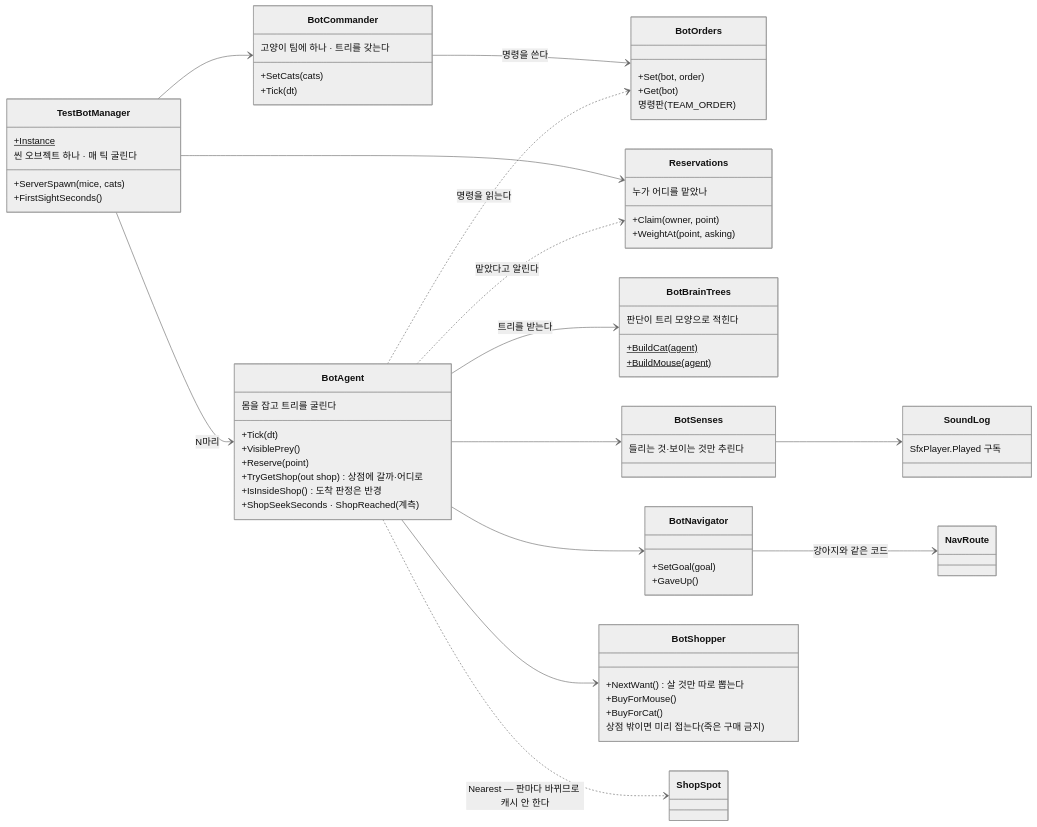
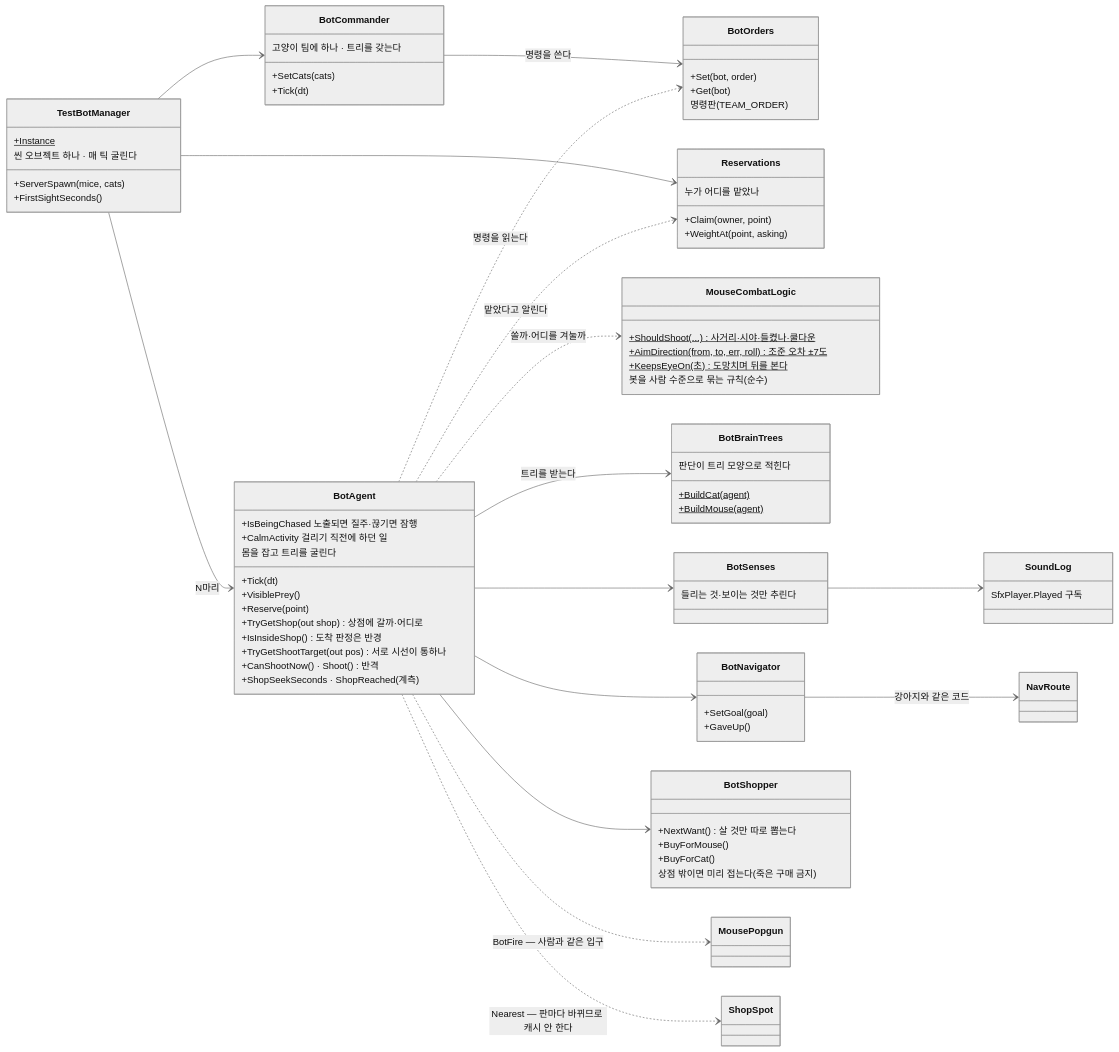
Diagram 27 of 42 in CTC/docs/design-vault/코드 다이어그램.md (JeahanPark/The-Cheese-Thief-and-the-Cat), drawn with Mermaid (neutral theme) before and after one commit. The commit also changed other lines of this file and 21 other files, not shown here.

```diff
--- a/CTC/docs/design-vault/코드 다이어그램.md
+++ b/CTC/docs/design-vault/코드 다이어그램.md
@@ -1489,8 +1489,18 @@
         +Reserve(point)
         +TryGetShop(out shop) 상점에 갈까·어디로
         +IsInsideShop() 도착 판정은 반경
+        +TryGetShootTarget(out pos) 서로 시선이 통하나
+        +IsBeingChased 노출되면 질주·끊기면 잠행
+        +CanShootNow() · Shoot() 반격
+        +CalmActivity 걸리기 직전에 하던 일
         +ShopSeekSeconds · ShopReached (계측)
         몸을 잡고 트리를 굴린다
+    }
+    class MouseCombatLogic {
+        +ShouldShoot(...)$ 사거리·시야·들켰나·쿨다운
+        +AimDirection(from, to, err, roll)$ 조준 오차 ±7도
+        +KeepsEyeOn(초)$ 도망치며 뒤를 본다
+        봇을 사람 수준으로 묶는 규칙(순수)
     }
     class BotBrainTrees {
         +BuildCat(agent)$
@@ -1525,6 +1535,8 @@
     BotAgent --> BotSenses
     BotAgent --> BotNavigator
     BotAgent --> BotShopper
+    BotAgent ..> MouseCombatLogic : 쏠까·어디를 겨눌까
+    BotAgent ..> MousePopgun : BotFire — 사람과 같은 입구
     BotAgent ..> ShopSpot : Nearest — 판마다 바뀌므로 캐시 안 한다
     BotNavigator --> NavRoute : 강아지와 같은 코드
     BotSenses --> SoundLog
```
